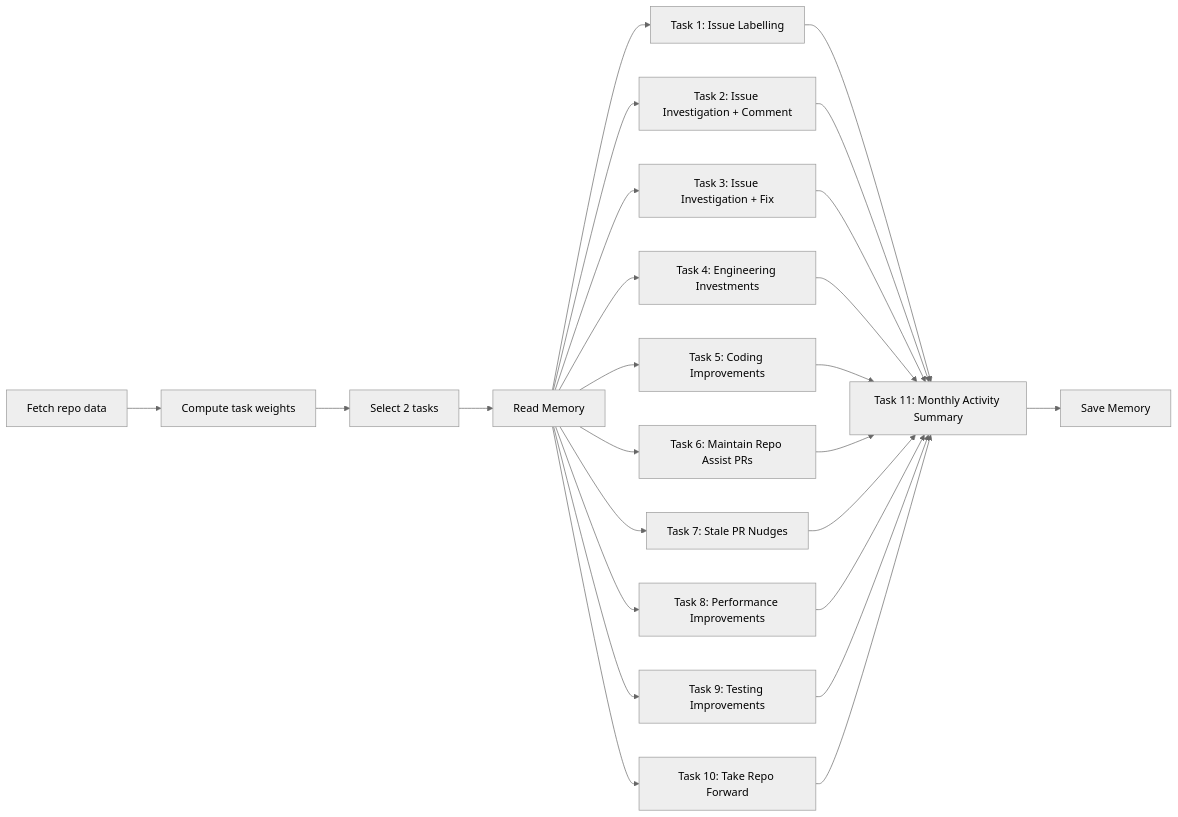
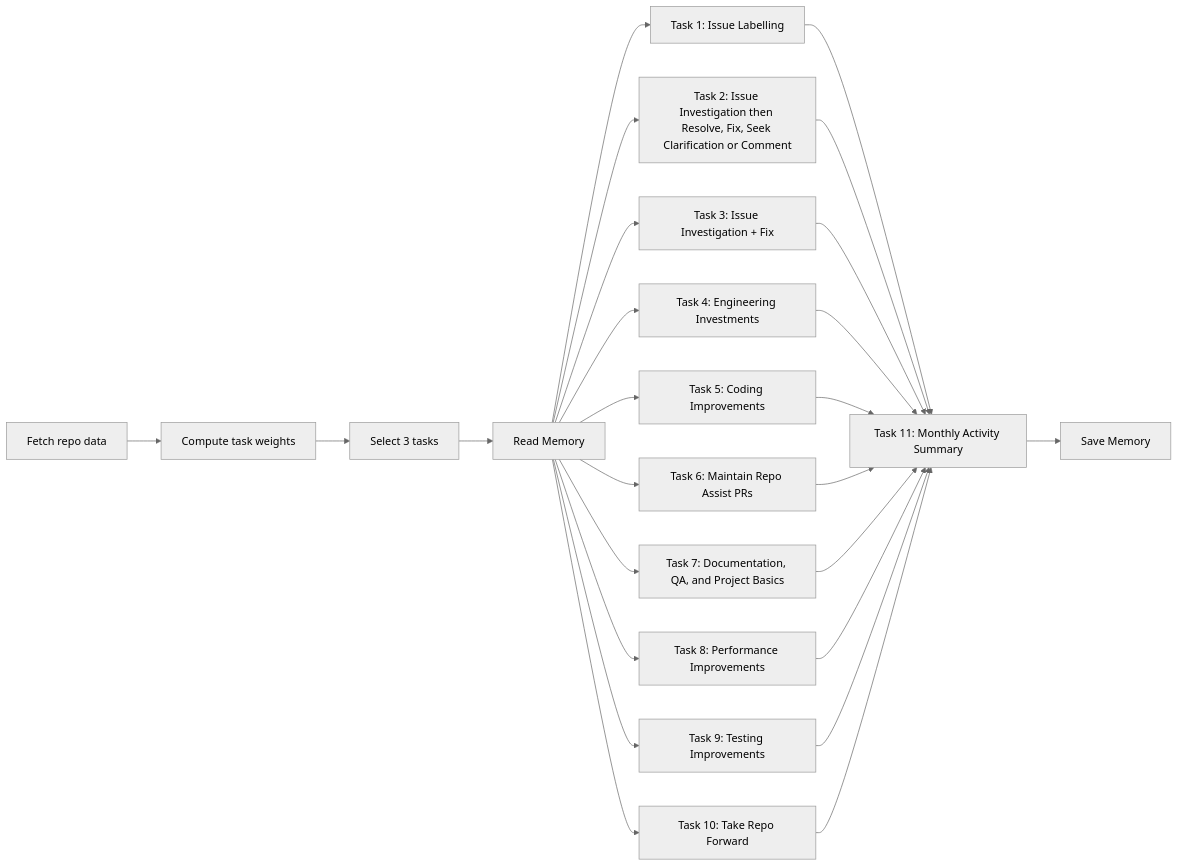
The diagram in docs/repo-assist.md (githubnext/agentics), drawn with Mermaid (neutral theme) before and after one commit. The commit also changed other lines of this file and 18 other files, not shown here.

`````diff
--- a/docs/repo-assist.md
+++ b/docs/repo-assist.md
@@ -21,18 +21,18 @@
 ````mermaid
 graph LR
     P[Fetch repo data] --> W[Compute task weights]
-    W --> S[Select 2 tasks]
+    W --> S[Select 3 tasks]
     S --> A[Read Memory]
     A --> T1[Task 1: Issue Labelling]
-    A --> T2[Task 2: Issue Investigation + Comment]
+    A --> T2[Task 2: Issue Investigation then Resolve, Fix, Seek Clarification or Comment]
     A --> T3[Task 3: Issue Investigation + Fix]
     A --> T4[Task 4: Engineering Investments]
     A --> T5[Task 5: Coding Improvements]
     A --> T6[Task 6: Maintain Repo Assist PRs]
-    A --> T7[Task 7: Stale PR Nudges]
+    A --> T7[Task 7: Documentation, QA, and Project Basics]
     A --> T8[Task 8: Performance Improvements]
     A --> T9[Task 9: Testing Improvements]
     A --> T10[Task 10: Take Repo Forward]
     T1 & T2 & T3 & T4 & T5 & T6 & T7 & T8 & T9 & T10 --> T11[Task 11: Monthly Activity Summary]
     T11 --> M[Save Memory]
 ````
`````
